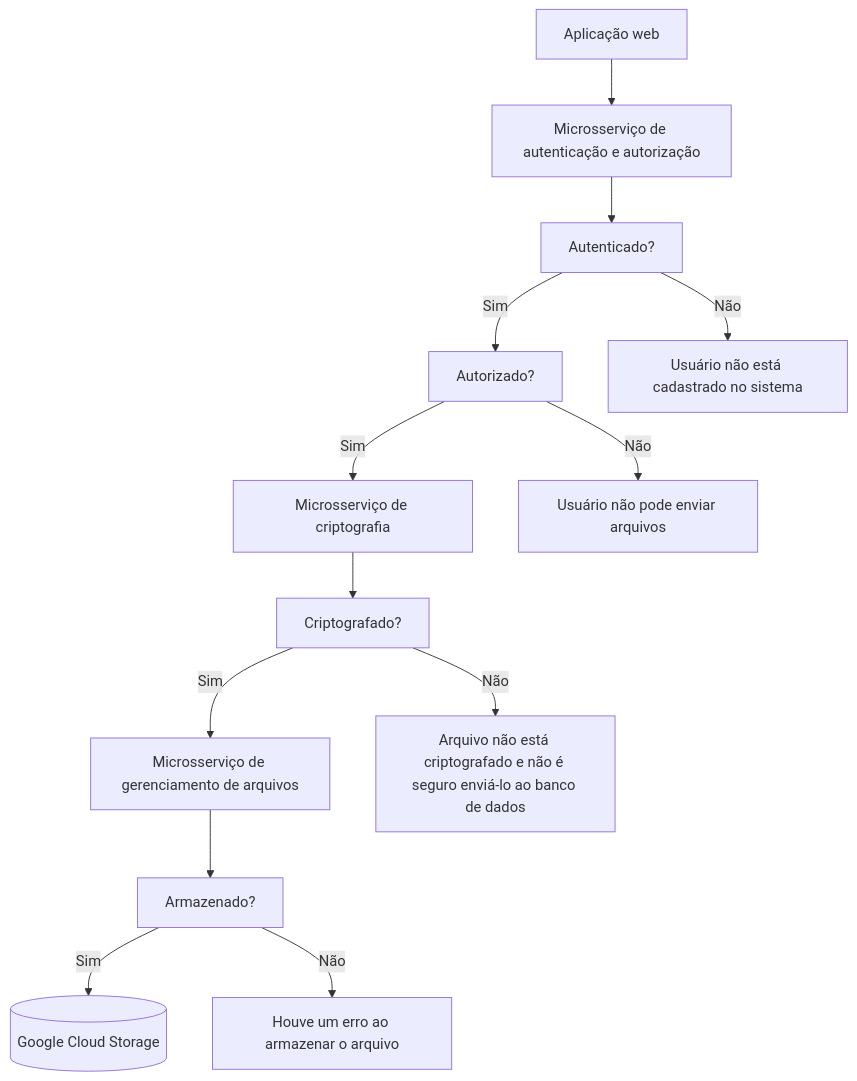
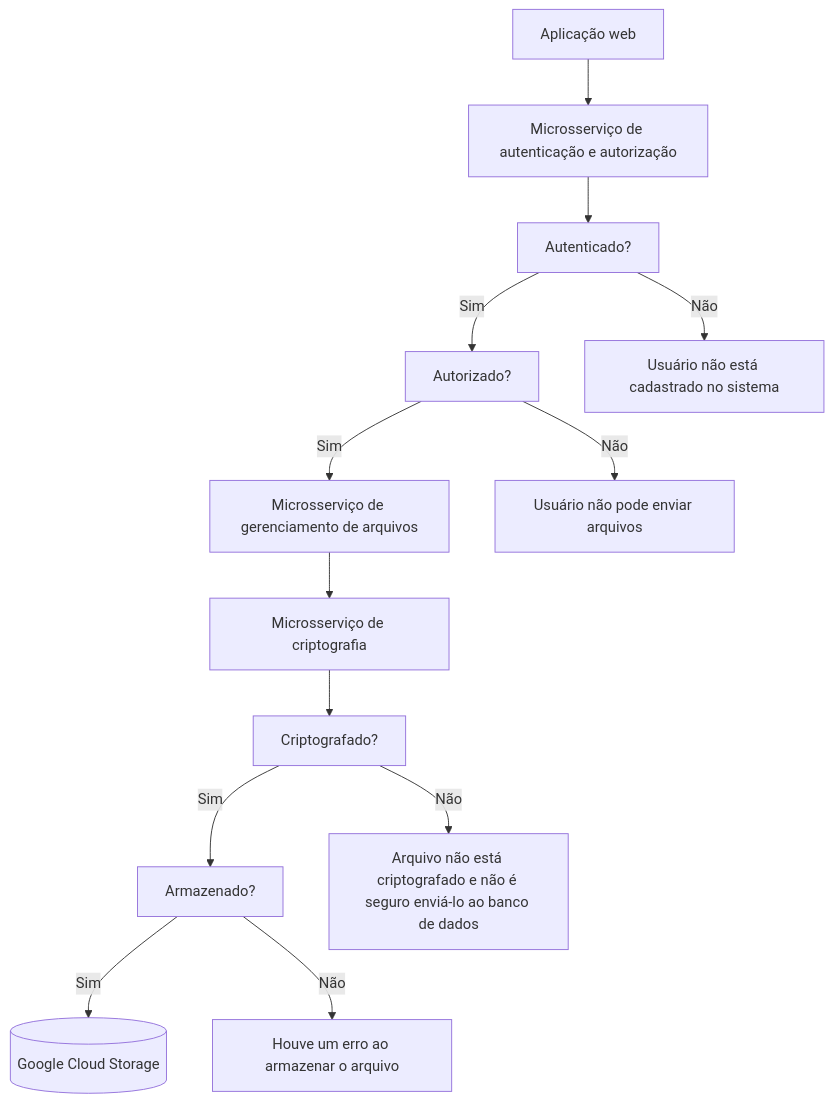
Before and after one commit to ed-henrique/cloud-file-sharing-platform: the first of 2 diagrams in README.md, drawn with Mermaid. The commit also changed other lines of this file and 5 other files, not shown here.

````diff
--- a/README.md
+++ b/README.md
@@ -9,21 +9,21 @@
 ```mermaid
 flowchart TD
     frontend[Aplicação web]
     micro_auth[Microsserviço de autenticação e autorização]
     micro_crypto[Microsserviço de criptografia]
     micro_cloud[Microsserviço de gerenciamento de arquivos]
     database[(Google Cloud Storage)]
 
     frontend --> micro_auth
     micro_auth --> ask[Autenticado?]
     ask --> |Sim| ask2[Autorizado?]
     ask --> |Não| problem[Usuário não está cadastrado no sistema]
-    ask2 --> |Sim| micro_crypto
+    ask2 --> |Sim| micro_cloud
     ask2 --> |Não| problem2[Usuário não pode enviar arquivos]
+    micro_cloud --> micro_crypto
     micro_crypto --> ask3[Criptografado?]
-    ask3 --> |Sim| micro_cloud
+    ask3 --> |Sim| ask4[Armazenado?]
     ask3 --> |Não| problem3[Arquivo não está criptografado e não é seguro enviá-lo ao banco de dados]
-    micro_cloud --> ask4[Armazenado?]
     ask4 --> |Sim| database
     ask4 --> |Não| problem4[Houve um erro ao armazenar o arquivo]
 ```
````
